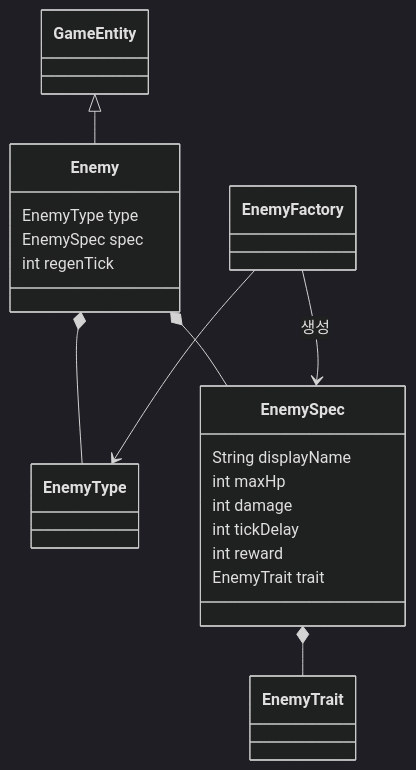
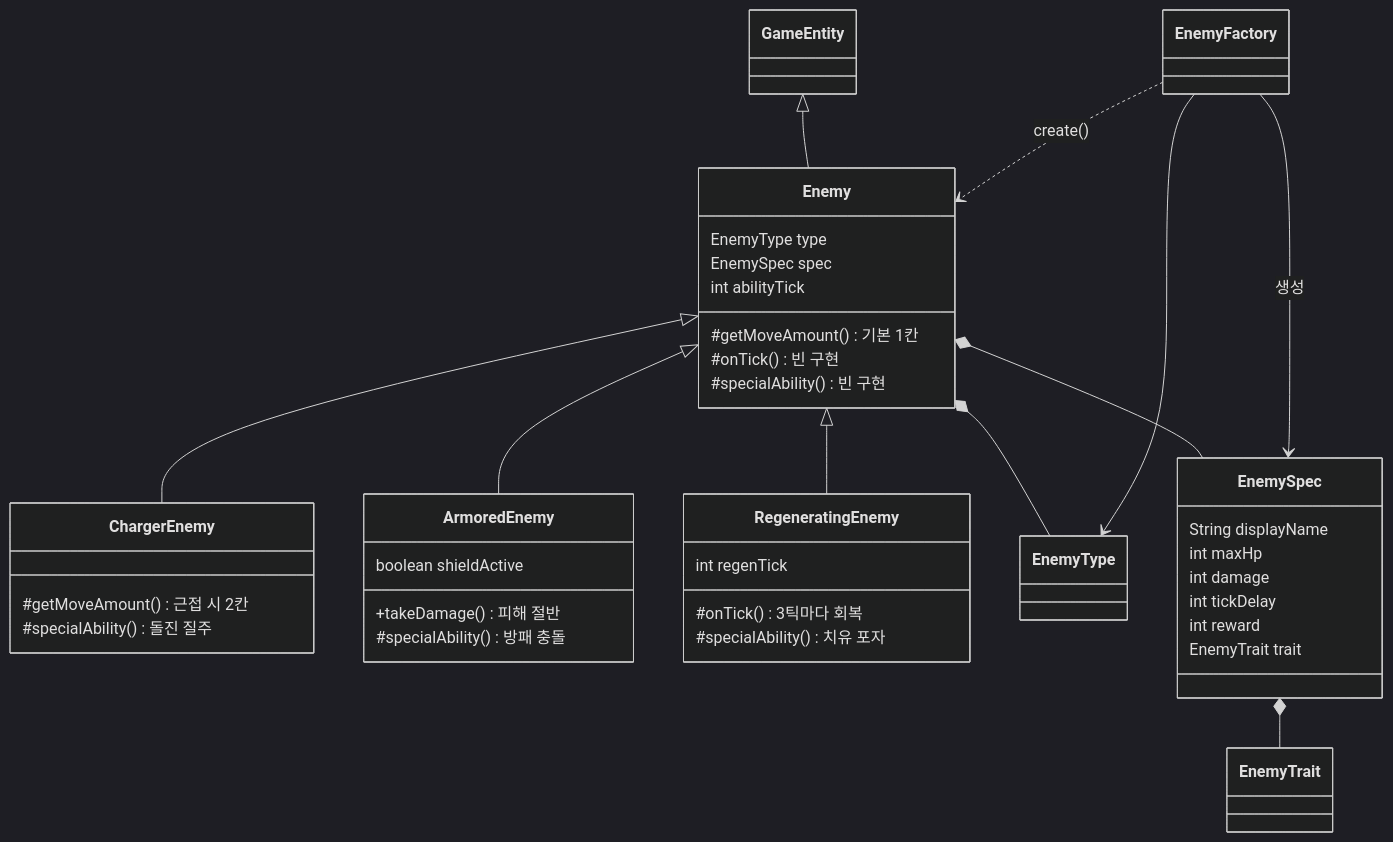
The fourth of 12 diagrams in week6/CLAUDE.md (weweweme/teamnova_basic_class), drawn with Mermaid (dark theme) before and after one commit. The commit also changed other lines of this file and 3 other files, not shown here.

````diff
--- a/week6/CLAUDE.md
+++ b/week6/CLAUDE.md
@@ -225,24 +232,45 @@
 ```mermaid
 classDiagram
     GameEntity <|-- Enemy
+    Enemy <|-- ChargerEnemy
+    Enemy <|-- ArmoredEnemy
+    Enemy <|-- RegeneratingEnemy
     Enemy *-- EnemyType
     Enemy *-- EnemySpec
     EnemySpec *-- EnemyTrait
 
     EnemyFactory --> EnemyType
     EnemyFactory --> EnemySpec : 생성
+    EnemyFactory ..> Enemy : create()
 
     class Enemy {
         EnemyType type
         EnemySpec spec
+        int abilityTick
+        #getMoveAmount() 기본 1칸
+        #onTick() 빈 구현
+        #specialAbility() 빈 구현
+    }
+    class ChargerEnemy {
+        #getMoveAmount() 근접 시 2칸
+        #specialAbility() 돌진 질주
+    }
+    class ArmoredEnemy {
+        boolean shieldActive
+        +takeDamage() 피해 절반
+        #specialAbility() 방패 충돌
+    }
+    class RegeneratingEnemy {
         int regenTick
+        #onTick() 3틱마다 회복
+        #specialAbility() 치유 포자
     }
     class EnemySpec {
         String displayName
         int maxHp
         int damage
         int tickDelay
         int reward
         EnemyTrait trait
     }
 ```
````
